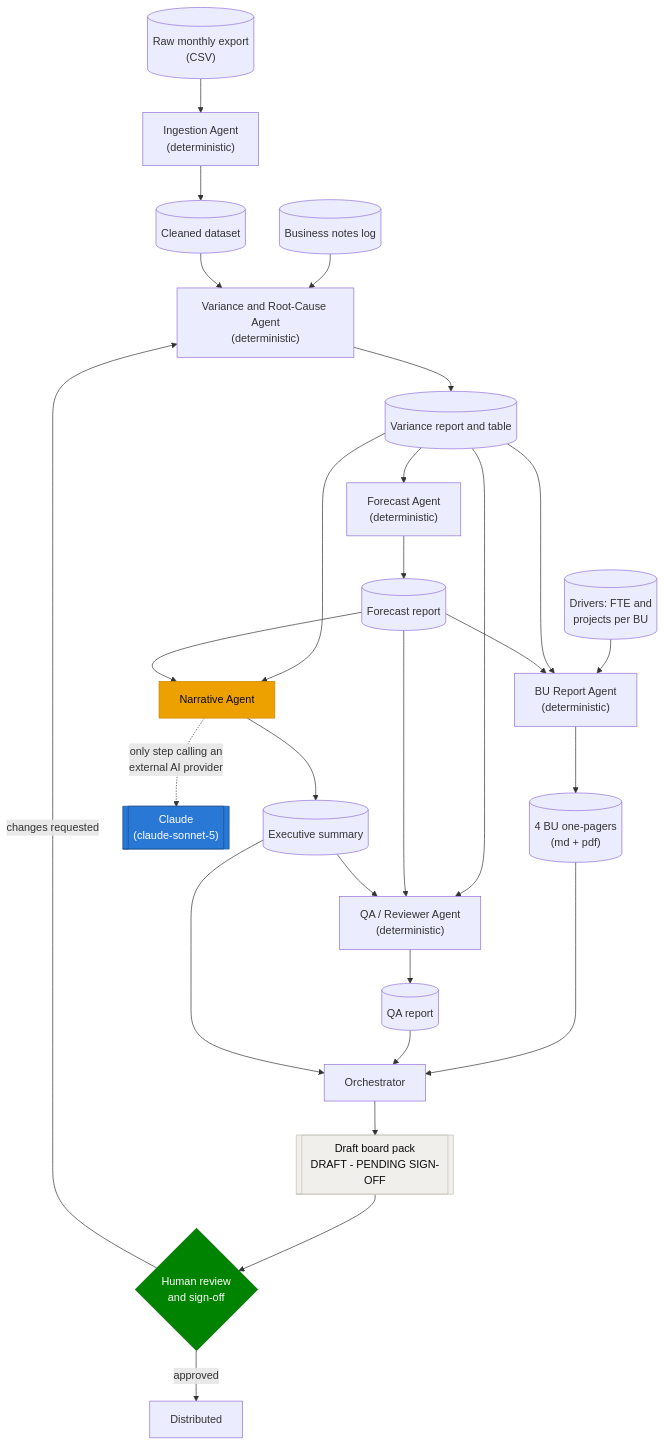
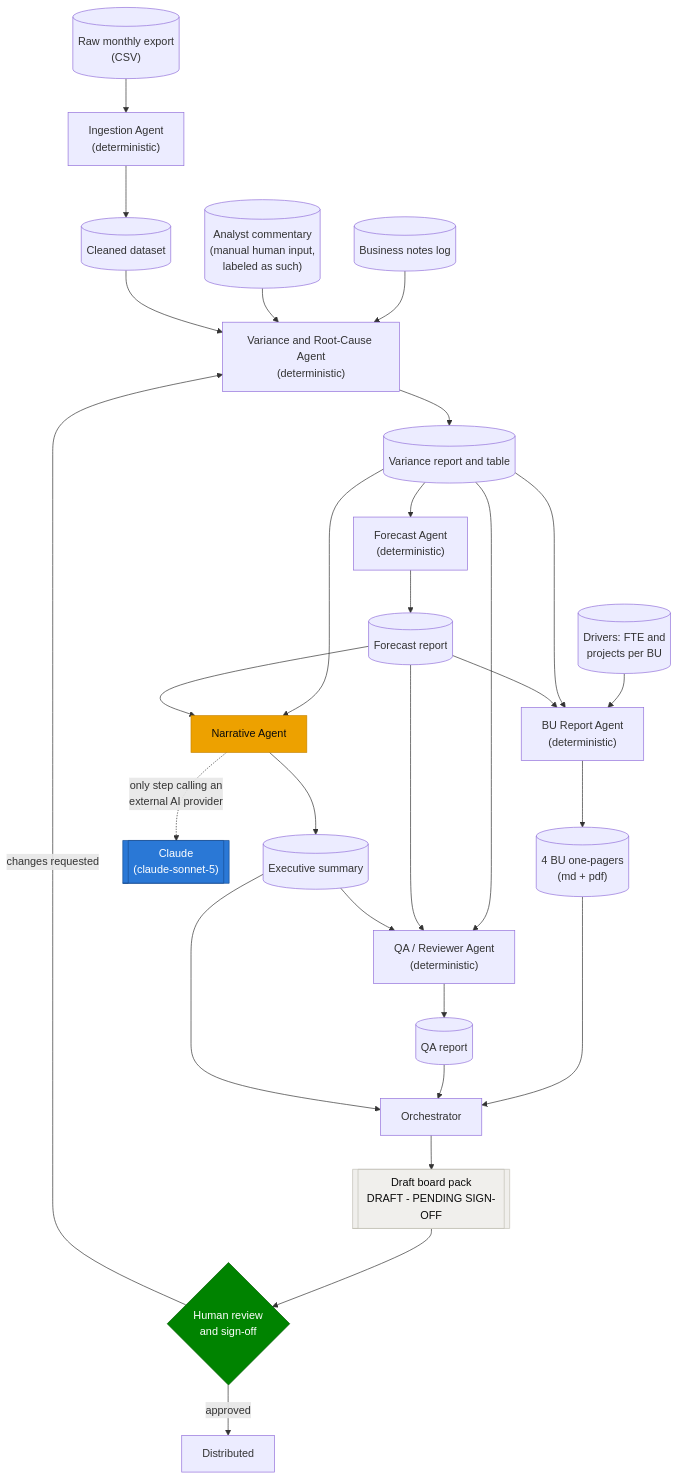
One commit to alanvourch/fpa-project changed the diagram in README.md. Above: the diagram before and after it, drawn with Mermaid. The commit also changed other lines of this file and 4 other files, not shown here.

````diff
--- a/README.md
+++ b/README.md
@@ -136,34 +147,35 @@
 ```mermaid
 flowchart TD
     RAW[("Raw monthly export\n(CSV)")] --> ING["Ingestion Agent\n(deterministic)"]
     ING --> CLEAN[("Cleaned dataset")]
     NOTES[("Business notes log")] --> VAR
+    ANA[("Analyst commentary\n(manual human input,\nlabeled as such)")] --> VAR
     CLEAN --> VAR["Variance and Root-Cause Agent\n(deterministic)"]
     VAR --> VTAB[("Variance report and table")]
     VTAB --> FC["Forecast Agent\n(deterministic)"]
     FC --> FTAB[("Forecast report")]
     DRV[("Drivers: FTE and\nprojects per BU")] --> BUR
     VTAB --> BUR["BU Report Agent\n(deterministic)"]
     FTAB --> BUR
     BUR --> BUPACK[("4 BU one-pagers\n(md + pdf)")]
     BUPACK --> ORCH
     VTAB --> NARR["Narrative Agent"]
     FTAB --> NARR
     NARR -.->|"only step calling an\nexternal AI provider"| LLM[["Claude\n(claude-sonnet-5)"]]
     NARR --> EXEC[("Executive summary")]
     VTAB --> QA["QA / Reviewer Agent\n(deterministic)"]
     FTAB --> QA
     EXEC --> QA
     QA --> QAREP[("QA report")]
     QAREP --> ORCH["Orchestrator"]
     EXEC --> ORCH
     ORCH --> PACK[["Draft board pack\nDRAFT - PENDING SIGN-OFF"]]
     PACK --> HUMAN{"Human review\nand sign-off"}
     HUMAN -->|approved| OUT["Distributed"]
     HUMAN -->|changes requested| VAR
 
     style LLM fill:#2a78d6,color:#fff,stroke:#184f95
     style NARR fill:#eda100,color:#0b0b0b,stroke:#c98500
     style HUMAN fill:#008300,color:#fff,stroke:#005900
     style PACK fill:#f0efec,color:#0b0b0b,stroke:#c3c2b7
 ```
````
